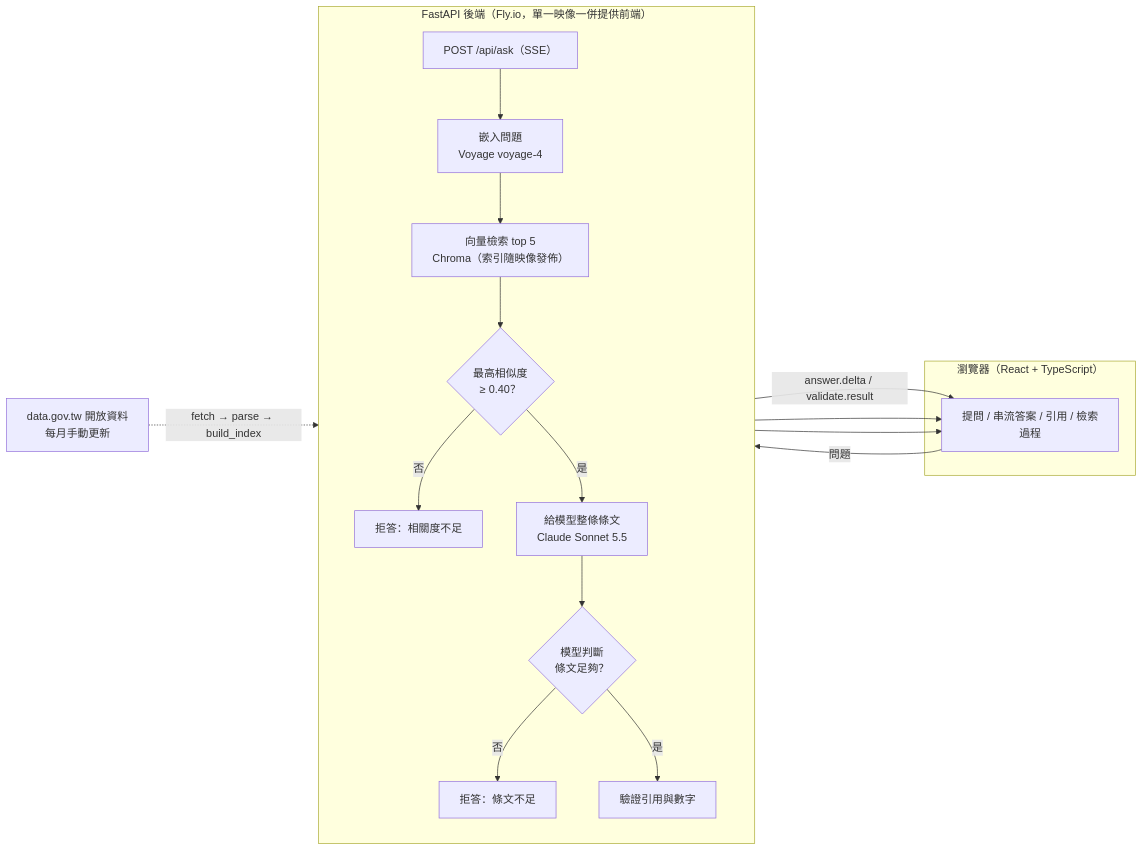
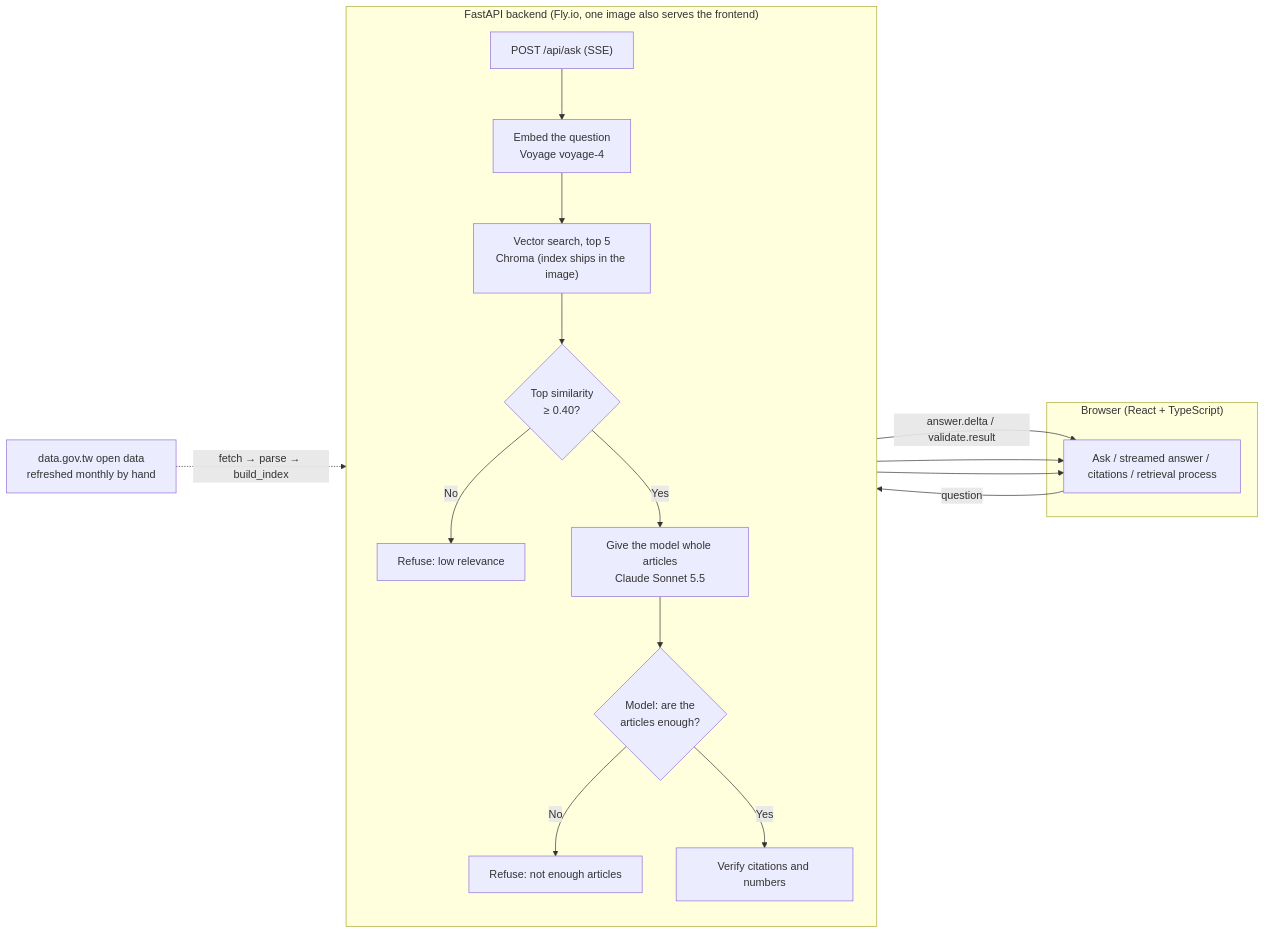
Before and after one commit to leannechen/traffic-law-rag: the diagram in README.md, drawn with Mermaid. The commit also changed other lines of this file and 1 other file, not shown here.

````diff
--- a/README.md
+++ b/README.md
@@ -34,22 +36,22 @@
 ```mermaid
 flowchart LR
-  subgraph Browser["瀏覽器（React + TypeScript）"]
-    UI["提問 / 串流答案 / 引用 / 檢索過程"]
+  subgraph Browser["Browser (React + TypeScript)"]
+    UI["Ask / streamed answer / citations / retrieval process"]
   end
-  subgraph Backend["FastAPI 後端（Fly.io，單一映像一併提供前端）"]
+  subgraph Backend["FastAPI backend (Fly.io, one image also serves the frontend)"]
     direction TB
-    A["POST /api/ask（SSE）"] --> B["嵌入問題<br/>Voyage voyage-4"]
-    B --> C["向量檢索 top 5<br/>Chroma（索引隨映像發佈）"]
-    C --> D{"最高相似度<br/>≥ 0.40？"}
-    D -- 否 --> R1["拒答：相關度不足"]
-    D -- 是 --> E["給模型整條條文<br/>Claude Sonnet 5.5"]
-    E --> F{"模型判斷<br/>條文足夠？"}
-    F -- 否 --> R2["拒答：條文不足"]
-    F -- 是 --> G["驗證引用與數字"]
+    A["POST /api/ask (SSE)"] --> B["Embed the question<br/>Voyage voyage-4"]
+    B --> C["Vector search, top 5<br/>Chroma (index ships in the image)"]
+    C --> D{"Top similarity<br/>≥ 0.40?"}
+    D -- No --> R1["Refuse: low relevance"]
+    D -- Yes --> E["Give the model whole articles<br/>Claude Sonnet 5.5"]
+    E --> F{"Model: are the<br/>articles enough?"}
+    F -- No --> R2["Refuse: not enough articles"]
+    F -- Yes --> G["Verify citations and numbers"]
   end
-  UI -- "問題" --> A
+  UI -- "question" --> A
   G -- "answer.delta / validate.result" --> UI
   R1 --> UI
   R2 --> UI
-  Data["data.gov.tw 開放資料<br/>每月手動更新"] -. "fetch → parse → build_index" .-> C
+  Data["data.gov.tw open data<br/>refreshed monthly by hand"] -. "fetch → parse → build_index" .-> C
 ```
````
